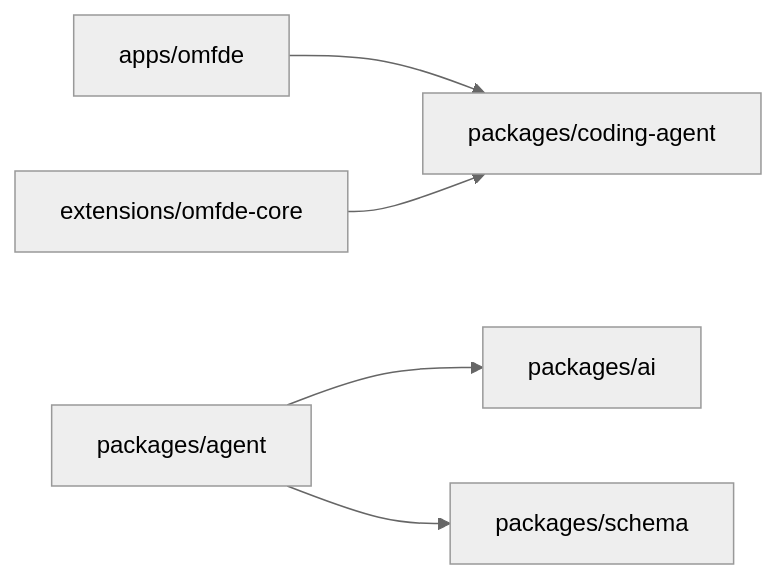
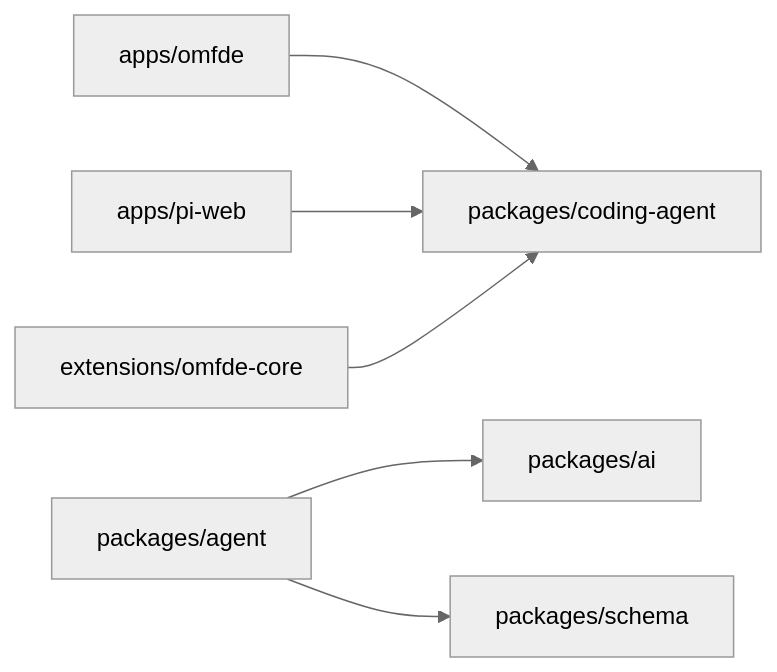
Before and after one commit to FDE-GROUP/oh-my-coding-agent: the ninth of 9 diagrams in .qoder/repowiki/zh/content/项目概述/项目概述.md, drawn with Mermaid (neutral theme). The commit also changed other lines of this file and 410 other files, not shown here.

````diff
--- a/.qoder/repowiki/zh/content/项目概述/项目概述.md
+++ b/.qoder/repowiki/zh/content/项目概述/项目概述.md
@@ -269,7 +348,8 @@
 ```mermaid
 graph LR
 APP["apps/omfde"] --> CA["packages/coding-agent"]
+WEB["apps/pi-web"] --> CA
 EXT["extensions/omfde-core"] --> CA
 AG["packages/agent"] --> AI["packages/ai"]
 AG --> SCHEMA["packages/schema"]
 ```
````
